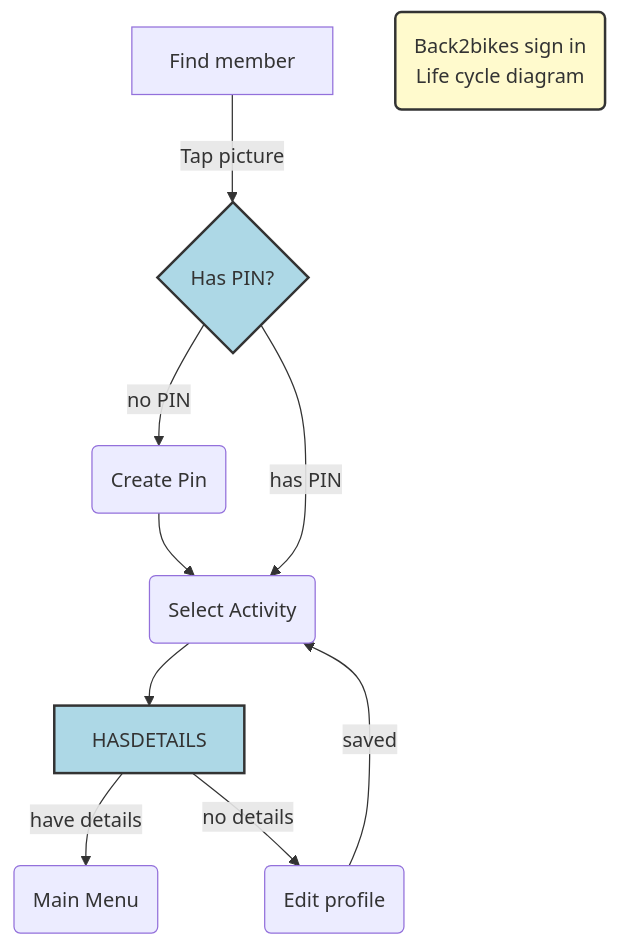
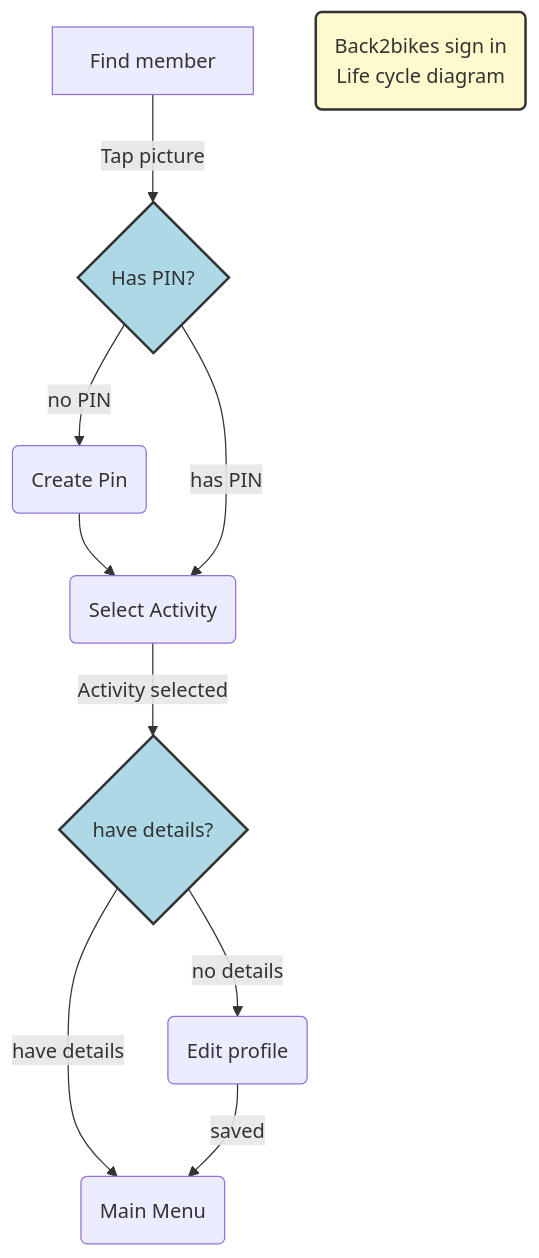
The diagram in docs/design/login-flow.md (Back2Dev/attendance), drawn with Mermaid before and after one commit. The commit also changed other lines of this file, not shown here.

Commit message:
docs/design/login-flow.md updated from https://stackedit.io/

````diff
--- a/docs/design/login-flow.md
+++ b/docs/design/login-flow.md
@@ -3,18 +3,18 @@
 ```mermaid
 graph TD
 classDef green fill:#9f6,stroke:#333,stroke-width:2px
 class A green
 AA[Find member] -- Tap picture --> HASPIN{Has PIN?}
 HASPIN -- no PIN --> CP(Create Pin)
 CP --> SELECT(Select Activity)
-SELECT --> HASDETAILS
+SELECT -- Activity selected --> HASDETAILS{have details?}
 HASDETAILS -- have details --> RETURN(Main Menu)
 HASDETAILS -- no details --> EDIT(Edit profile)
 HASPIN -- has PIN --> SELECT
-EDIT -- saved --> SELECT
+EDIT -- saved --> RETURN
 LEGEND(Back2bikes sign in<br>Life cycle diagram)
 
 style LEGEND fill:lemonchiffon,stroke:#333,stroke-width:2px
 style HASPIN fill:lightblue,stroke:#333,stroke-width:2px
 style HASDETAILS fill:lightblue,stroke:#333,stroke-width:2px
 ```
````
